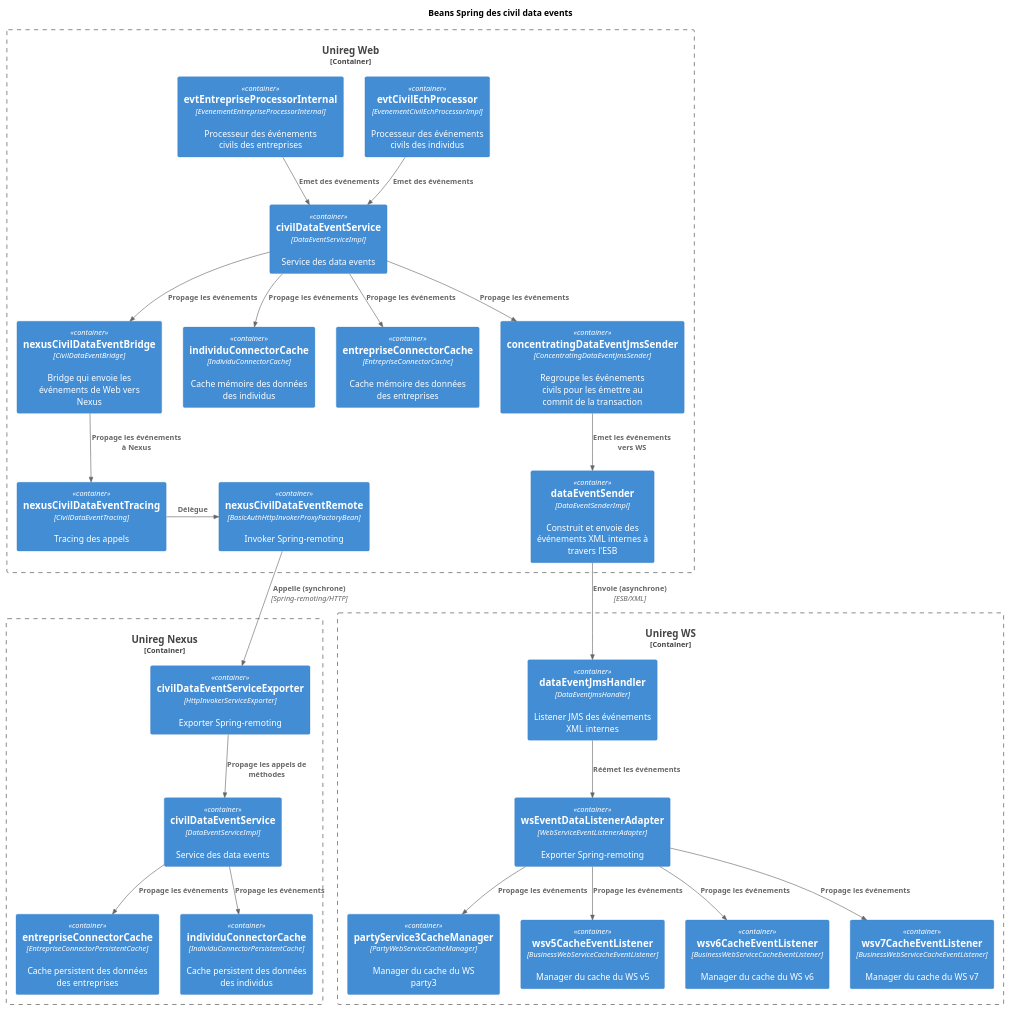
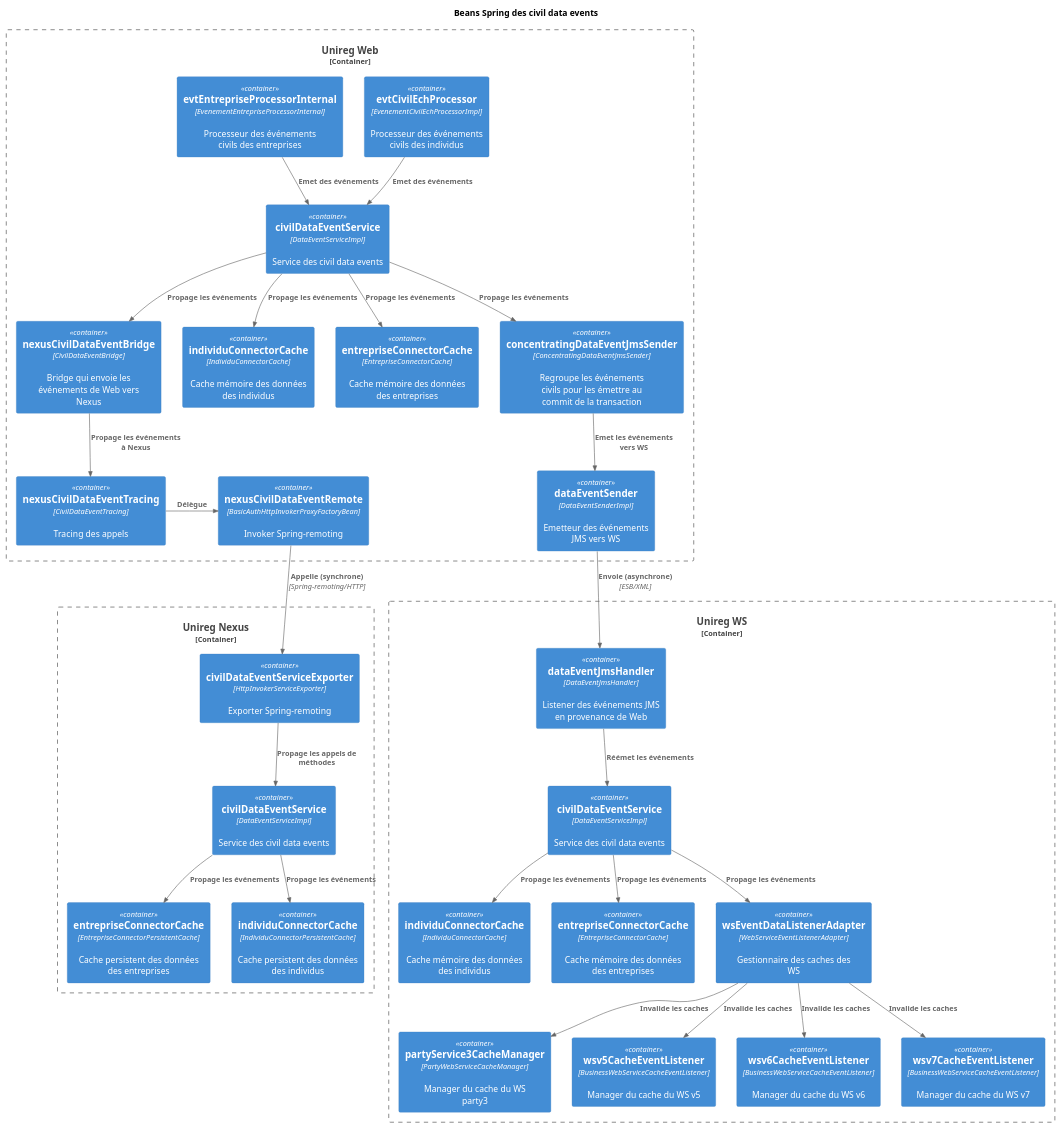
One commit to dmama/etv-reguni changed the diagram in base/doc/diagrams/03_unireg_component_diagram_civil_data_events.puml. Above: the diagram before and after it, drawn with PlantUML.

Commit message:
Corrigé la documentation des civil data events, notamment la situation dans WS qui était incomplète.

```diff
--- a/base/doc/diagrams/03_unireg_component_diagram_civil_data_events.puml
+++ b/base/doc/diagrams/03_unireg_component_diagram_civil_data_events.puml
@@ -1,68 +1,75 @@
 @startuml 03_unireg_component_diagram_civil_data_events
 !include c4/C4_Container.puml
 
 title Beans Spring des civil data events
 
 Container_Boundary(uniregWeb, "Unireg Web") {
 
     Container(webEvtCivilEchProcessor, "evtCivilEchProcessor", "EvenementCivilEchProcessorImpl", "Processeur des événements civils des individus")
     Container(webEvtEntrepriseProcessor, "evtEntrepriseProcessorInternal", "EvenementEntrepriseProcessorInternal", "Processeur des événements civils des entreprises")
 
-    Container(webDataEventService, "civilDataEventService", "DataEventServiceImpl", "Service des data events")
+    Container(webCivilDataEventService, "civilDataEventService", "DataEventServiceImpl", "Service des civil data events")
 
 	Container(webNexusCivilDataEventBridge, "nexusCivilDataEventBridge", "CivilDataEventBridge", "Bridge qui envoie les événements de Web vers Nexus")
     Container(webIndividuConnectorCache, "individuConnectorCache", "IndividuConnectorCache", "Cache mémoire des données des individus")
     Container(webEntrepriseConnectorCache, "entrepriseConnectorCache", "EntrepriseConnectorCache", "Cache mémoire des données des entreprises")
 	Container(webNexusCivilDataEventTracing, "nexusCivilDataEventTracing", "CivilDataEventTracing", "Tracing des appels")
 	Container(webNexusCivilDataEventService, "nexusCivilDataEventRemote", "BasicAuthHttpInvokerProxyFactoryBean", "Invoker Spring-remoting")
     Container(webConcentratingDataEventJmsSender, "concentratingDataEventJmsSender", "ConcentratingDataEventJmsSender", "Regroupe les événements civils pour les émettre au commit de la transaction")
-    Container(webDataEventSender, "dataEventSender", "DataEventSenderImpl", "Construit et envoie des événements XML internes à travers l'ESB")
+    Container(webDataEventSender, "dataEventSender", "DataEventSenderImpl", "Emetteur des événements JMS vers WS")
 
-	Rel(webEvtCivilEchProcessor, webDataEventService, "Emet des événements")
-	Rel(webEvtEntrepriseProcessor, webDataEventService, "Emet des événements")
+	Rel(webEvtCivilEchProcessor, webCivilDataEventService, "Emet des événements")
+	Rel(webEvtEntrepriseProcessor, webCivilDataEventService, "Emet des événements")
 
-	Rel(webDataEventService, webEntrepriseConnectorCache, "Propage les événements")
-	Rel(webDataEventService, webIndividuConnectorCache, "Propage les événements")
-	Rel(webDataEventService, webNexusCivilDataEventBridge, "Propage les événements")
-	Rel(webDataEventService, webConcentratingDataEventJmsSender, "Propage les événements")
+	Rel(webCivilDataEventService, webEntrepriseConnectorCache, "Propage les événements")
+	Rel(webCivilDataEventService, webIndividuConnectorCache, "Propage les événements")
+	Rel(webCivilDataEventService, webNexusCivilDataEventBridge, "Propage les événements")
+	Rel(webCivilDataEventService, webConcentratingDataEventJmsSender, "Propage les événements")
 
 	Rel(webNexusCivilDataEventBridge, webNexusCivilDataEventTracing, "Propage les événements à Nexus")
 	Rel_R(webNexusCivilDataEventTracing, webNexusCivilDataEventService, "Délègue")
 
 	Rel(webConcentratingDataEventJmsSender, webDataEventSender, "Emet les événements vers WS")
 }
 
 Container_Boundary(uniregNexus, "Unireg Nexus") {
 
     Container(nexusCivilDataEventRemoteExporter, "civilDataEventServiceExporter", "HttpInvokerServiceExporter", "Exporter Spring-remoting")
-	Container(wsDataEventService, "civilDataEventService", "DataEventServiceImpl", "Service des data events")
-    Container(wsEntrepriseConnectorCache, "entrepriseConnectorCache", "EntrepriseConnectorPersistentCache", "Cache persistent des données des entreprises")
-    Container(wsIndividuConnectorCache, "individuConnectorCache", "IndividuConnectorPersistentCache", "Cache persistent des données des individus")
+	Container(nexusCivilDataEventService, "civilDataEventService", "DataEventServiceImpl", "Service des civil data events")
+    Container(nexusEntrepriseConnectorCache, "entrepriseConnectorCache", "EntrepriseConnectorPersistentCache", "Cache persistent des données des entreprises")
+    Container(nexuIndividuConnectorCache, "individuConnectorCache", "IndividuConnectorPersistentCache", "Cache persistent des données des individus")
 
 
-	Rel(nexusCivilDataEventRemoteExporter, wsDataEventService, "Propage les appels de méthodes")
-	Rel(wsDataEventService, wsEntrepriseConnectorCache, "Propage les événements")
-	Rel(wsDataEventService, wsIndividuConnectorCache, "Propage les événements")
+	Rel(nexusCivilDataEventRemoteExporter, nexusCivilDataEventService, "Propage les appels de méthodes")
+	Rel(nexusCivilDataEventService, nexusEntrepriseConnectorCache, "Propage les événements")
+	Rel(nexusCivilDataEventService, nexuIndividuConnectorCache, "Propage les événements")
 }
 
 Container_Boundary(uniregWS, "Unireg WS") {
 
-    Container(wsDataEventJmsHandler, "dataEventJmsHandler", "DataEventJmsHandler", "Listener JMS des événements XML internes")
-    Container(wsEventDataListenerAdapter, "wsEventDataListenerAdapter", "WebServiceEventListenerAdapter", "Exporter Spring-remoting")
-    
+    Container(wsDataEventJmsHandler, "dataEventJmsHandler", "DataEventJmsHandler", "Listener des événements JMS en provenance de Web")
+	Container(wsCivilDataEventService, "civilDataEventService", "DataEventServiceImpl", "Service des civil data events")
+
+    Container(wsIndividuConnectorCache, "individuConnectorCache", "IndividuConnectorCache", "Cache mémoire des données des individus")
+    Container(wsEntrepriseConnectorCache, "entrepriseConnectorCache", "EntrepriseConnectorCache", "Cache mémoire des données des entreprises")
+    Container(wsEventDataListenerAdapter, "wsEventDataListenerAdapter", "WebServiceEventListenerAdapter", "Gestionnaire des caches des WS")
+
     Container(wsPartyService3CacheManager, "partyService3CacheManager", "PartyWebServiceCacheManager", "Manager du cache du WS party3")
     Container(wsv5CacheEventListener, "wsv5CacheEventListener", "BusinessWebServiceCacheEventListener", "Manager du cache du WS v5")
     Container(wsv6CacheEventListener, "wsv6CacheEventListener", "BusinessWebServiceCacheEventListener", "Manager du cache du WS v6")
     Container(wsv7CacheEventListener, "wsv7CacheEventListener", "BusinessWebServiceCacheEventListener", "Manager du cache du WS v7")
 
-	Rel(wsDataEventJmsHandler, wsEventDataListenerAdapter, "Réémet les événements")
-	Rel(wsEventDataListenerAdapter, wsPartyService3CacheManager, "Propage les événements")
-	Rel(wsEventDataListenerAdapter, wsv5CacheEventListener, "Propage les événements")
-	Rel(wsEventDataListenerAdapter, wsv6CacheEventListener, "Propage les événements")
-	Rel(wsEventDataListenerAdapter, wsv7CacheEventListener, "Propage les événements")
+	Rel(wsDataEventJmsHandler, wsCivilDataEventService, "Réémet les événements")
+	Rel(wsCivilDataEventService, wsEventDataListenerAdapter, "Propage les événements")
+	Rel(wsCivilDataEventService, wsIndividuConnectorCache, "Propage les événements")
+	Rel(wsCivilDataEventService, wsEntrepriseConnectorCache, "Propage les événements")
+	Rel(wsEventDataListenerAdapter, wsPartyService3CacheManager, "Invalide les caches")
+	Rel(wsEventDataListenerAdapter, wsv5CacheEventListener, "Invalide les caches")
+	Rel(wsEventDataListenerAdapter, wsv6CacheEventListener, "Invalide les caches")
+	Rel(wsEventDataListenerAdapter, wsv7CacheEventListener, "Invalide les caches")
 }
 
 Rel_D(webNexusCivilDataEventService, nexusCivilDataEventRemoteExporter, "Appelle (synchrone)", "Spring-remoting/HTTP")
 Rel_D(webDataEventSender, wsDataEventJmsHandler, "Envoie (asynchrone)", "ESB/XML")
 
 @enduml
```
